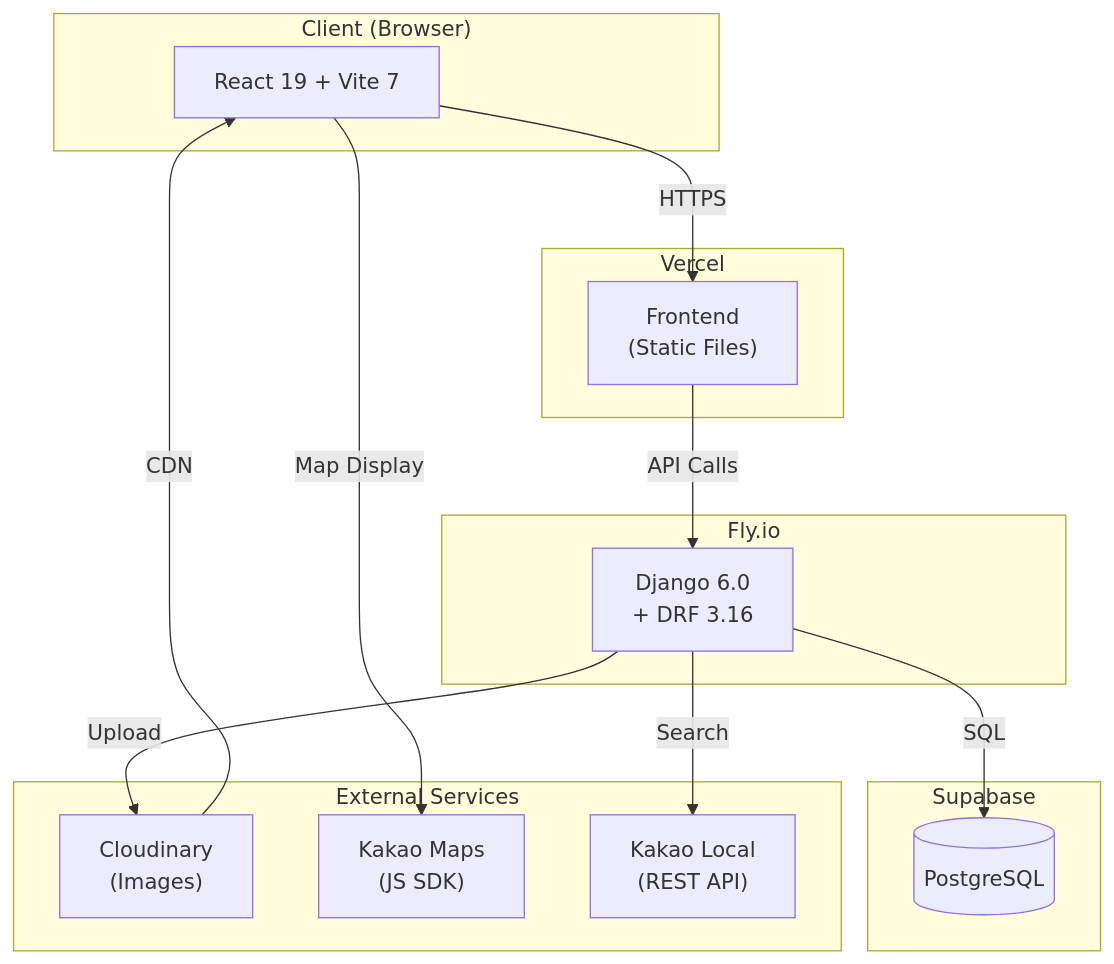
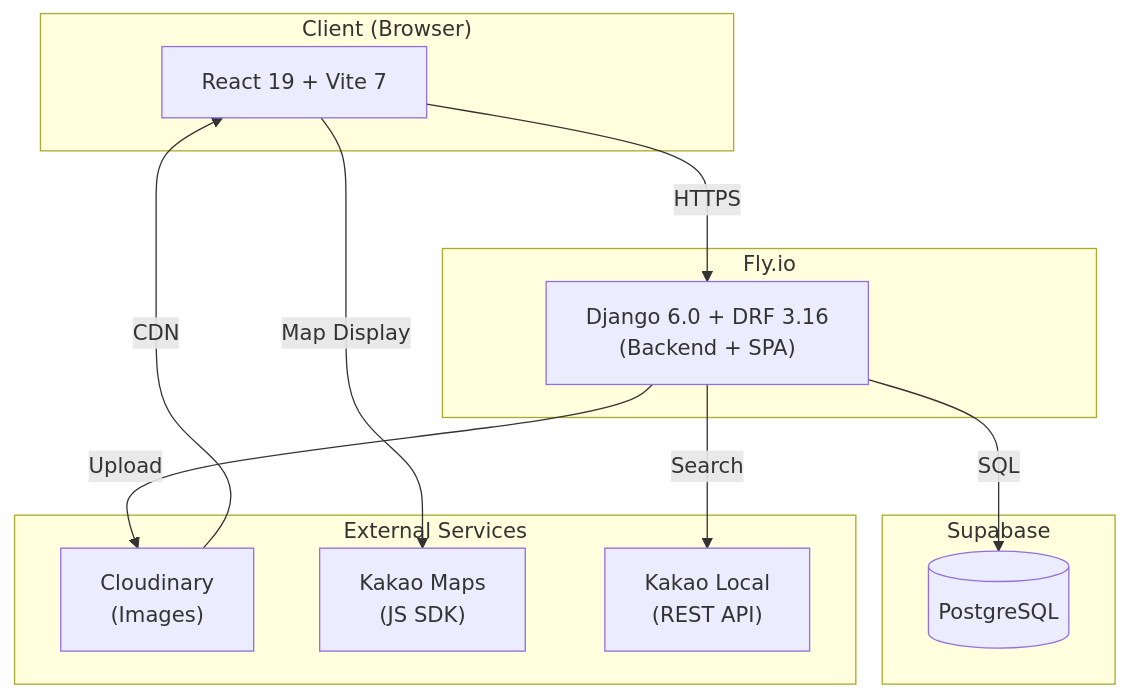
One commit to diego-choi/delicious-bingo changed the diagram in README.md. Above: the diagram before and after it, drawn with Mermaid. The commit also changed other lines of this file and 2 other files, not shown here.

````diff
--- a/README.md
+++ b/README.md
@@ -20,32 +20,27 @@
 ```mermaid
 flowchart TB
     subgraph Client["Client (Browser)"]
         React["React 19 + Vite 7"]
     end
 
-    subgraph Vercel["Vercel"]
-        Frontend["Frontend<br/>(Static Files)"]
-    end
-
     subgraph FlyIo["Fly.io"]
-        Backend["Django 6.0<br/>+ DRF 3.16"]
+        Backend["Django 6.0 + DRF 3.16<br/>(Backend + SPA)"]
     end
 
     subgraph Supabase["Supabase"]
         DB[(PostgreSQL)]
     end
 
     subgraph External["External Services"]
         Cloudinary["Cloudinary<br/>(Images)"]
         KakaoMap["Kakao Maps<br/>(JS SDK)"]
         KakaoLocal["Kakao Local<br/>(REST API)"]
     end
 
-    React -->|HTTPS| Frontend
-    Frontend -->|API Calls| Backend
+    React -->|HTTPS| Backend
     Backend -->|SQL| DB
     Backend -->|Upload| Cloudinary
     Backend -->|Search| KakaoLocal
     React -->|Map Display| KakaoMap
     Cloudinary -->|CDN| React
 ```
````
